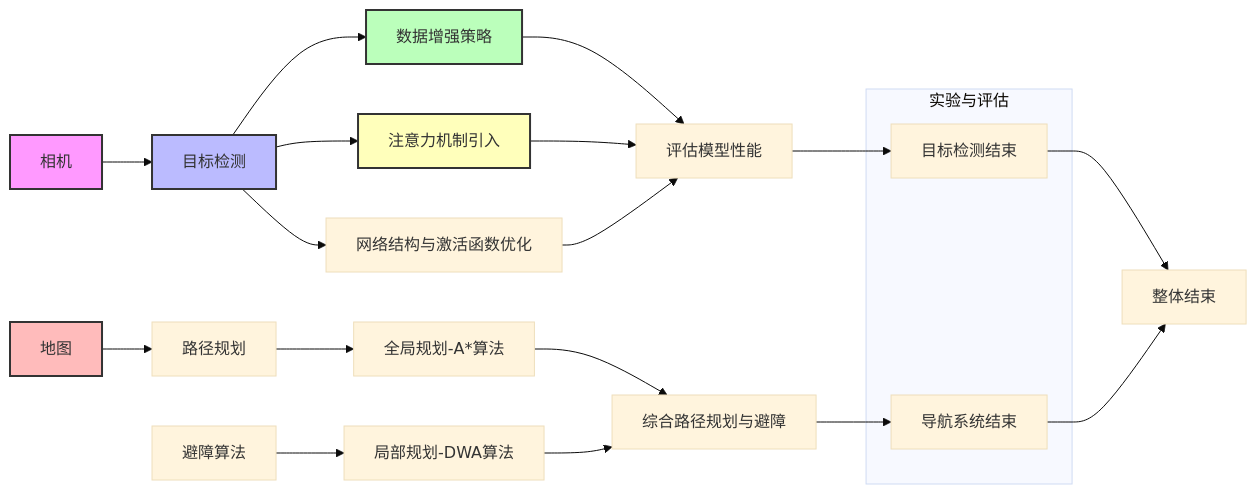
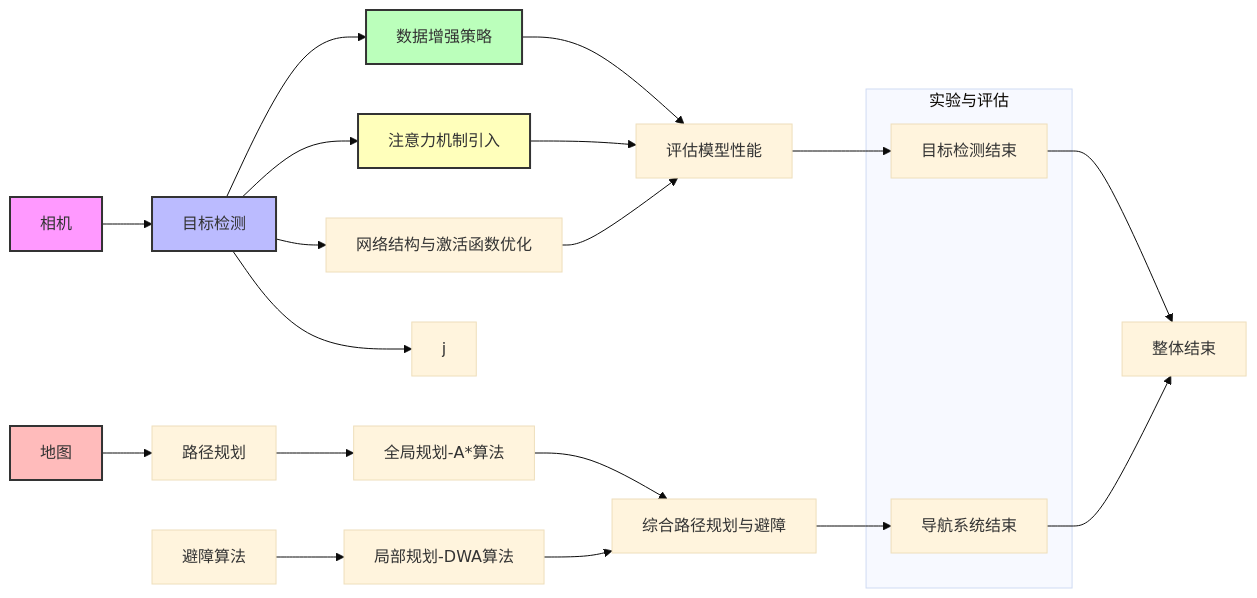
One commit to 1831380633/iodraw-files changed the diagram in all/未命名-1.md. Above: the diagram before and after it, drawn with Mermaid (base theme).

Commit message:
2024-12-18 15:00:17 update

````diff
--- a/all/未命名-1.md
+++ b/all/未命名-1.md
@@ -1,38 +1,38 @@
 ```mermaid
 graph LR
     style A fill:#f9f,stroke:#333,stroke-width:2px
     style B fill:#bbf,stroke:#333,stroke-width:2px
     style C fill:#fbb,stroke:#333,stroke-width:2px
     style D fill:#bfb,stroke:#333,stroke-width:2px
     style E fill:#ffb,stroke:#333,stroke-width:2px
 
     A[相机] --> B[目标检测]
     
     C[地图]
     
     B --> D[数据增强策略]
     B --> E[注意力机制引入]
     B --> F[网络结构与激活函数优化]
     D --> G[评估模型性能]
     E --> G
     F --> G
     G --> H[目标检测结束]
     
     C --> I[路径规划]
 
     I --> K[全局规划-A*算法]
     J[避障算法] --> L[局部规划-DWA算法]
 
     K --> M[综合路径规划与避障]
     L --> M
     M --> N[导航系统结束]
     
     H --> O[整体结束]
     N --> O
-
+    B --> j
     subgraph 实验与评估
         H
         N
     end
 
 ```
````
